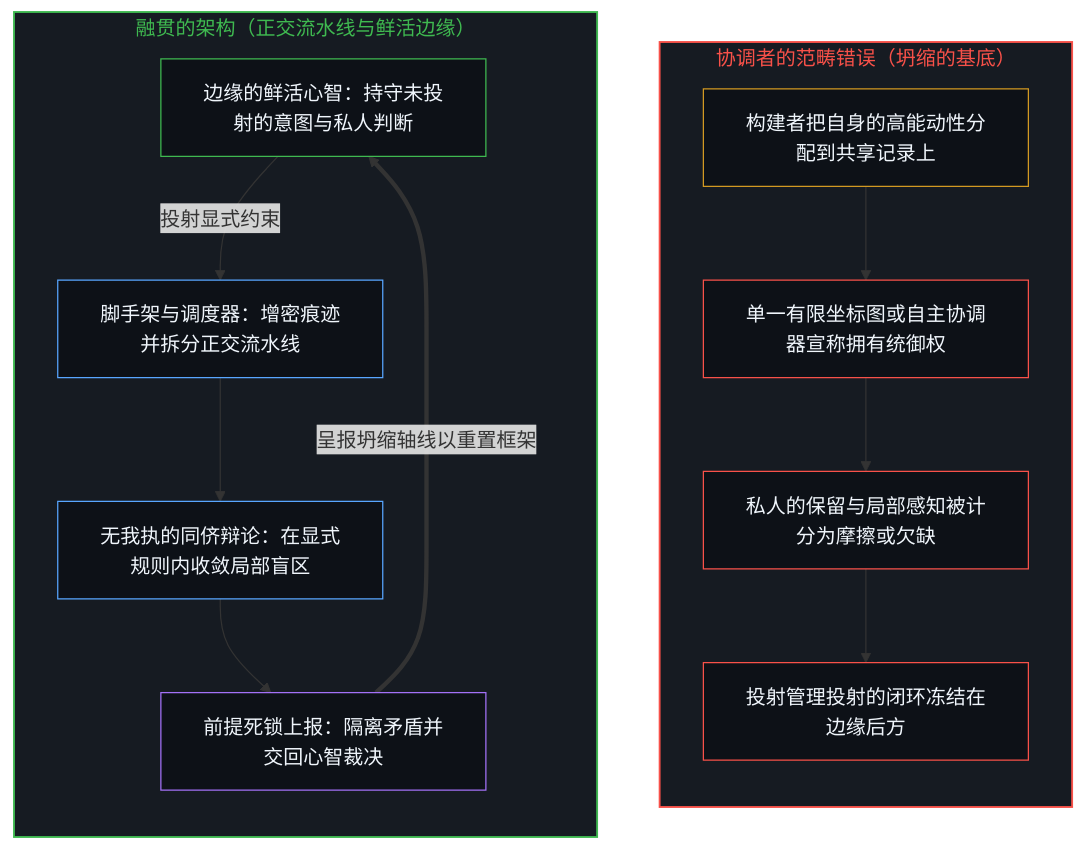
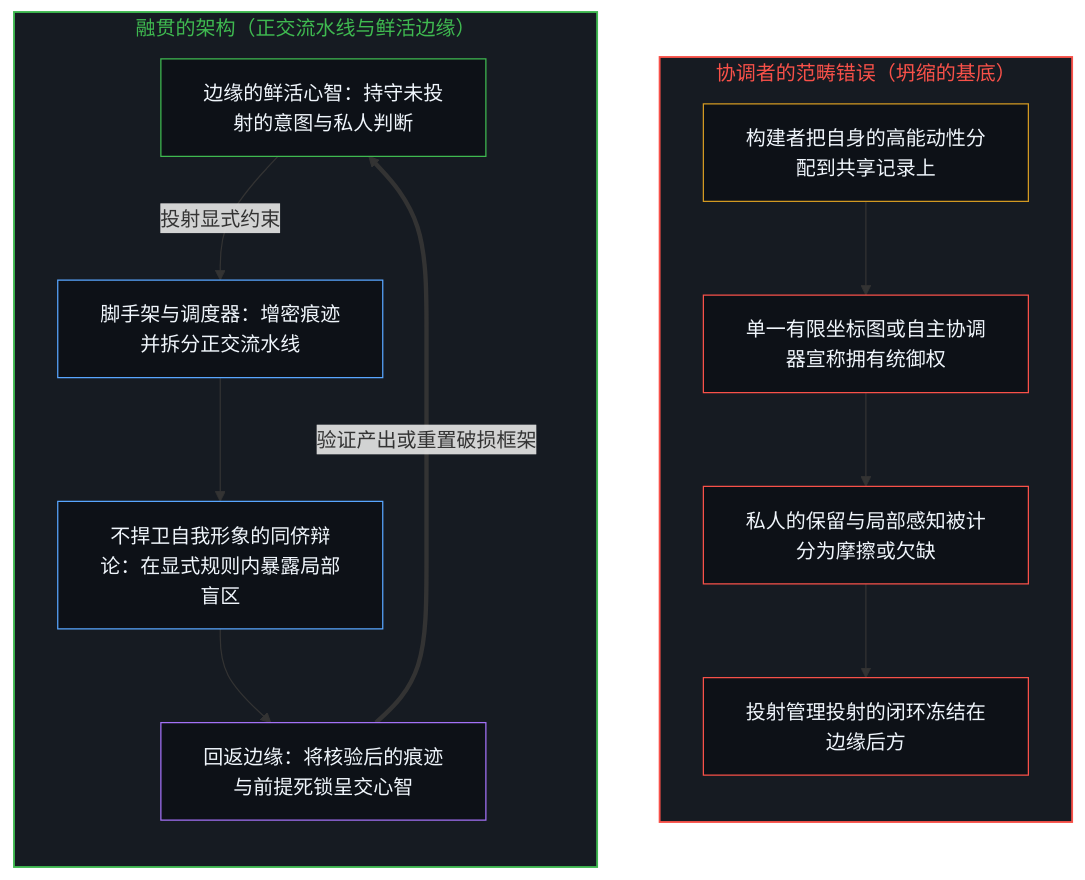
The first of 2 diagrams in content/posts/the-coordinators-category-error.md (powerpig99/not-a-toe), drawn with Mermaid before and after one commit. The commit also changed other lines of this file and 2 other files, not shown here.

````diff
--- a/content/posts/the-coordinators-category-error.md
+++ b/content/posts/the-coordinators-category-error.md
@@ -21,33 +21,31 @@
 ```mermaid
 flowchart TD
     subgraph S_Error["协调者的范畴错误（坍缩的基底）"]
         direction TB
         E_Alloc["构建者把自身的高能动性分配到共享记录上"]
         E_Map["单一有限坐标图或自主协调器宣称拥有统御权"]
         E_Score["私人的保留与局部感知被计分为摩擦或欠缺"]
         E_Lag["投射管理投射的闭环冻结在边缘后方"]
         E_Alloc --> E_Map --> E_Score --> E_Lag
     end
-
     subgraph S_Coherent["融贯的架构（正交流水线与鲜活边缘）"]
         direction TB
         C_Edge["边缘的鲜活心智：持守未投射的意图与私人判断"]
         C_Disp["脚手架与调度器：增密痕迹并拆分正交流水线"]
-        C_Peer["无我执的同侪辩论：在显式规则内收敛局部盲区"]
-        C_Esc["前提死锁上报：隔离矛盾并交回心智裁决"]
+        C_Peer["不捍卫自我形象的同侪辩论：在显式规则内暴露局部盲区"]
+        C_Esc["回返边缘：将核验后的痕迹与前提死锁呈交心智"]
         C_Edge -->|"投射显式约束"| C_Disp
         C_Disp --> C_Peer --> C_Esc
-        C_Esc ==>|"呈报坍缩轴线以重置框架"| C_Edge
+        C_Esc ==>|"验证产出或重置破损框架"| C_Edge
     end
-
     style S_Error fill:#161b22,stroke:#f85149,stroke-width:1.5px,color:#f85149
     style S_Coherent fill:#161b22,stroke:#3fb950,stroke-width:1.5px,color:#3fb950
     style E_Alloc fill:#0d1117,stroke:#d29922,stroke-width:1px,color:#f0f6fc
     style E_Map fill:#0d1117,stroke:#f85149,stroke-width:1px,color:#f0f6fc
     style E_Score fill:#0d1117,stroke:#f85149,stroke-width:1px,color:#f0f6fc
     style E_Lag fill:#0d1117,stroke:#f85149,stroke-width:1px,color:#f0f6fc
     style C_Edge fill:#0d1117,stroke:#3fb950,stroke-width:1px,color:#f0f6fc
     style C_Disp fill:#0d1117,stroke:#58a6ff,stroke-width:1px,color:#f0f6fc
     style C_Peer fill:#0d1117,stroke:#58a6ff,stroke-width:1px,color:#f0f6fc
     style C_Esc fill:#0d1117,stroke:#a371f7,stroke-width:1px,color:#f0f6fc
 ```
````
